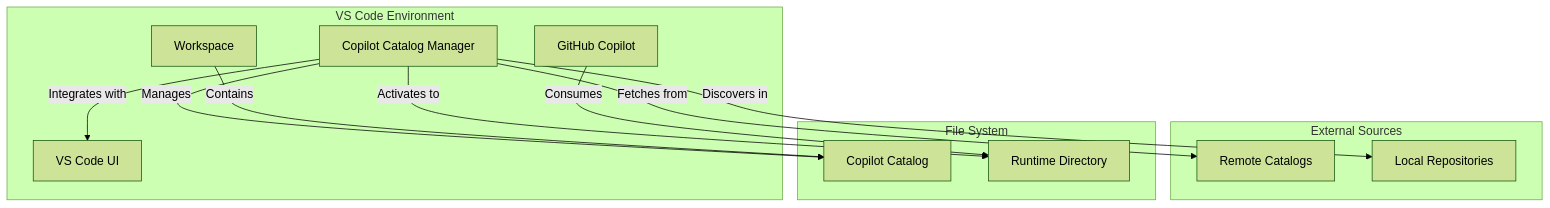
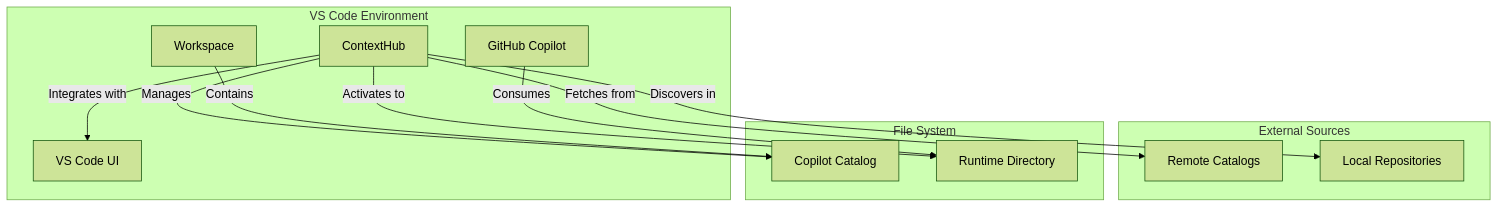
One commit to microsoft/ContextShare changed the first of 10 diagrams in SOFTWARE_ARCHITECTURE_SPECIFICATION.md. Above: the diagram before and after it, drawn with Mermaid (forest theme). The commit also changed other lines of this file and 22 other files, not shown here.

First line of the commit message:
VERSION 0.3.0 Refactor extension from "Copilot Catalog Manager" to "ContextHub"

````diff
--- a/SOFTWARE_ARCHITECTURE_SPECIFICATION.md
+++ b/SOFTWARE_ARCHITECTURE_SPECIFICATION.md
@@ -60,27 +60,27 @@
 ```mermaid
 graph TB
     subgraph "VS Code Environment"
-        CM[Copilot Catalog Manager]
+  CM[ContextHub]
         GC[GitHub Copilot]
         WS[Workspace]
         UI[VS Code UI]
     end
     
     subgraph "External Sources"
         RC[Remote Catalogs]
         LR[Local Repositories]
     end
     
     subgraph "File System"
         CC[Copilot Catalog]
         RT[Runtime Directory]
     end
     
     CM --> |Manages| CC
     CM --> |Activates to| RT
     CM --> |Fetches from| RC
     CM --> |Discovers in| LR
     CM --> |Integrates with| UI
     GC --> |Consumes| RT
     WS --> |Contains| CC
 ```
````
